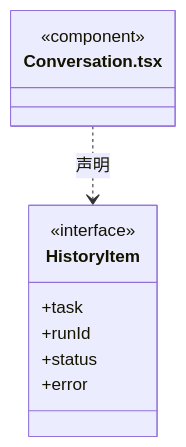
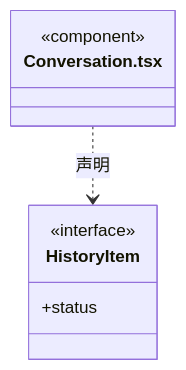
Before and after one commit to nan023062/cbim: diagram 19 of 54 in src/frontend/conversation/ARCHITECTURE.md, drawn with Mermaid. The commit also changed other lines of this file and 23 other files, not shown here.

````diff
--- a/src/frontend/conversation/ARCHITECTURE.md
+++ b/src/frontend/conversation/ARCHITECTURE.md
@@ -283,14 +307,11 @@
 ```mermaid
 classDiagram
 class N_src_frontend_conversation_Conversation_tsx["Conversation.tsx"] {
   <<component>>
 }
 class N_src_frontend_conversation_Conversation_tsx_HistoryItem["HistoryItem"] {
   <<interface>>
-  +task
-  +runId
   +status
-  +error
 }
 N_src_frontend_conversation_Conversation_tsx ..> N_src_frontend_conversation_Conversation_tsx_HistoryItem : 声明
 ```
````
